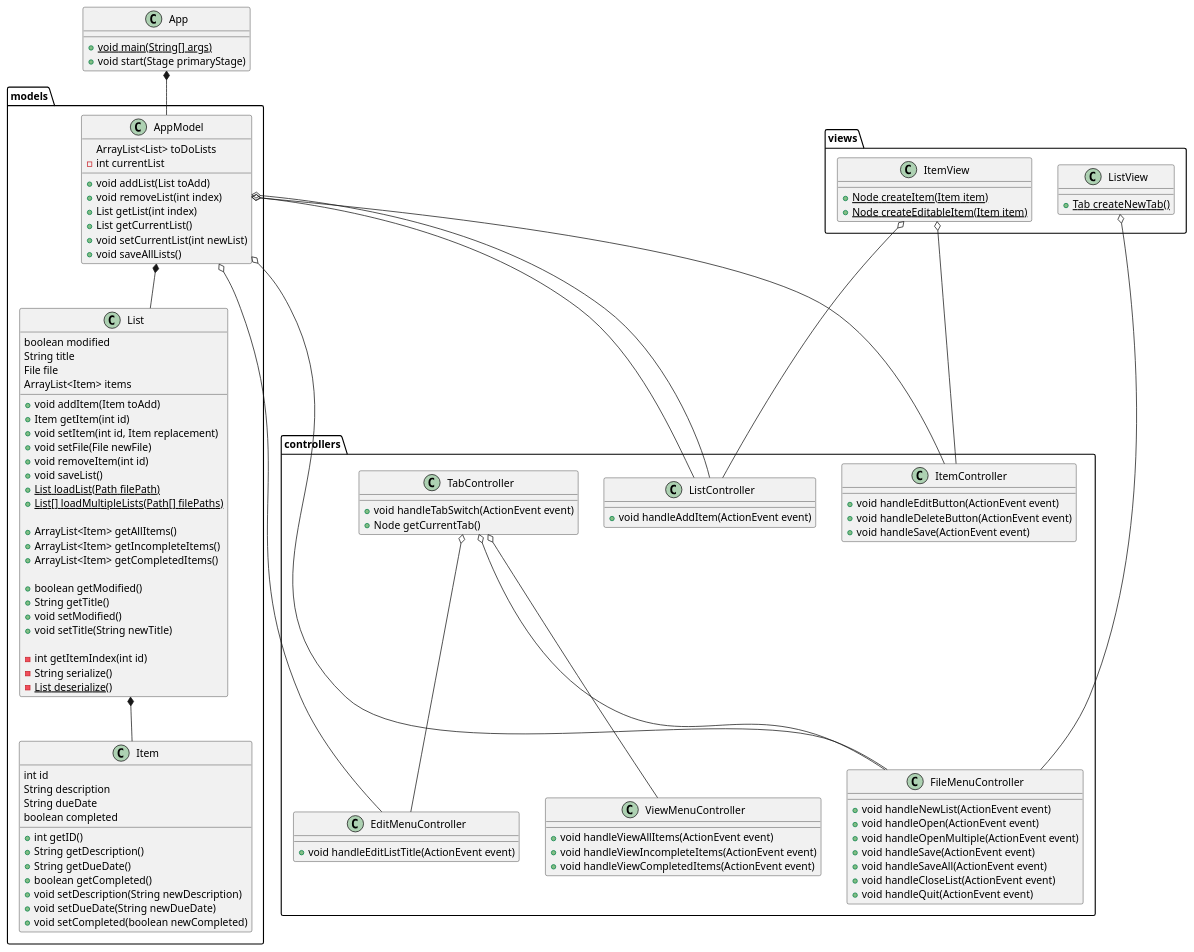
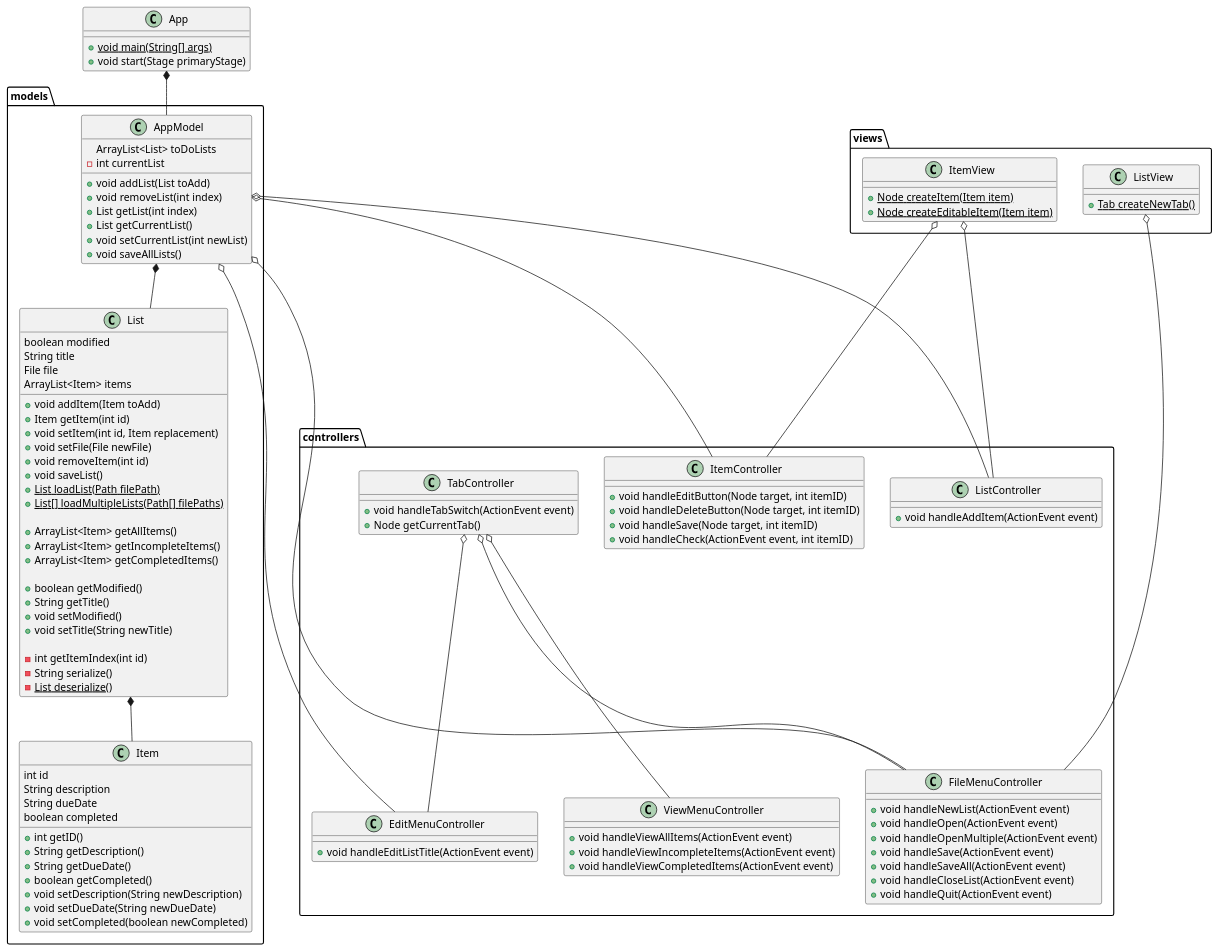
The diagram in uml/Application.puml (brooksmckinley/mckinley-cop3330-assignment4part2), drawn with PlantUML before and after one commit. The commit also changed 3 other files, not shown here.

```diff
--- a/uml/Application.puml
+++ b/uml/Application.puml
@@ -1,142 +1,142 @@
 @startuml
 'https://plantuml.com/class-diagram
 
 'Main entrypoint
 
 class App {
     +{static} void main(String[] args)
     +void start(Stage primaryStage)
 }
 
 'Views
 package views {
     class ItemView {
         +{static} Node createItem(Item item)
         +{static} Node createEditableItem(Item item)
     }
 
     class ListView {
         +{static} Tab createNewTab()
     }
 }
 
 'Controllers
 package controllers {
     class ListController {
         +void handleAddItem(ActionEvent event)
     }
 
     class ItemController {
-        +void handleEditButton(ActionEvent event)
-        +void handleDeleteButton(ActionEvent event)
-        +void handleSave(ActionEvent event)
+        +void handleEditButton(Node target, int itemID)
+        +void handleDeleteButton(Node target, int itemID)
+        +void handleSave(Node target, int itemID)
+        +void handleCheck(ActionEvent event, int itemID)
     }
 
     class FileMenuController {
         +void handleNewList(ActionEvent event)
         +void handleOpen(ActionEvent event)
         +void handleOpenMultiple(ActionEvent event)
         +void handleSave(ActionEvent event)
         +void handleSaveAll(ActionEvent event)
         +void handleCloseList(ActionEvent event)
         +void handleQuit(ActionEvent event)
     }
 
     class EditMenuController {
         +void handleEditListTitle(ActionEvent event)
     }
 
     class ViewMenuController {
         +void handleViewAllItems(ActionEvent event)
         +void handleViewIncompleteItems(ActionEvent event)
         +void handleViewCompletedItems(ActionEvent event)
     }
 
     class TabController {
         +void handleTabSwitch(ActionEvent event)
         +Node getCurrentTab()
     }
 
     TabController o-- EditMenuController
     TabController o-- FileMenuController
     TabController o-- ViewMenuController
 
 }
 
 'Models
 
 package models {
     class AppModel {
         ArrayList<List> toDoLists
         -int currentList
 
         +void addList(List toAdd)
         +void removeList(int index)
         +List getList(int index)
         +List getCurrentList()
         +void setCurrentList(int newList)
         +void saveAllLists()
     }
 
     class List {
         boolean modified
         String title
         File file
         ArrayList<Item> items
 
         +void addItem(Item toAdd)
         +Item getItem(int id)
         +void setItem(int id, Item replacement)
         +void setFile(File newFile)
         +void removeItem(int id)
         +void saveList()
         {static} +List loadList(Path filePath)
         {static} +List[] loadMultipleLists(Path[] filePaths)
 
         +ArrayList<Item> getAllItems()
         +ArrayList<Item> getIncompleteItems()
         +ArrayList<Item> getCompletedItems()
 
         +boolean getModified()
         +String getTitle()
         +void setModified()
         +void setTitle(String newTitle)
 
         -int getItemIndex(int id)
         -String serialize()
         -{static} List deserialize()
     }
 
     class Item {
         int id
         String description
         String dueDate
         boolean completed
 
         +int getID()
         +String getDescription()
         +String getDueDate()
         +boolean getCompleted()
         +void setDescription(String newDescription)
         +void setDueDate(String newDueDate)
         +void setCompleted(boolean newCompleted)
     }
 
     AppModel *-- List
     List *-- Item
 }
 
 'Cross-Package dependencies
 AppModel o-- ListController
 AppModel o-- FileMenuController
 AppModel o-- EditMenuController
 AppModel o-- ItemController
-AppModel o-- ListController
 ItemView o-- ListController
 ItemView o-- ItemController
 ListView o-- FileMenuController
 
 App *-- AppModel
 
 
 @enduml
```
